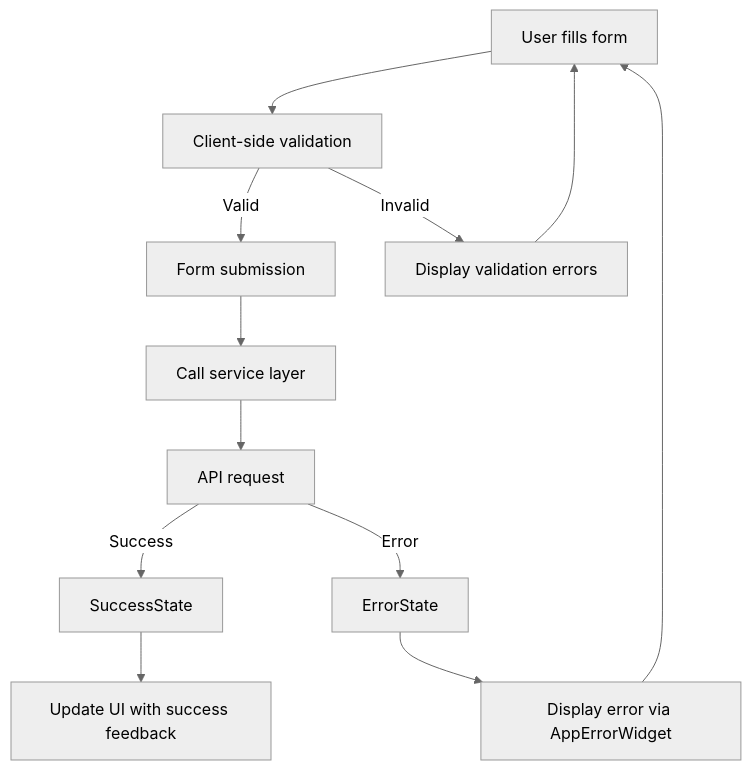
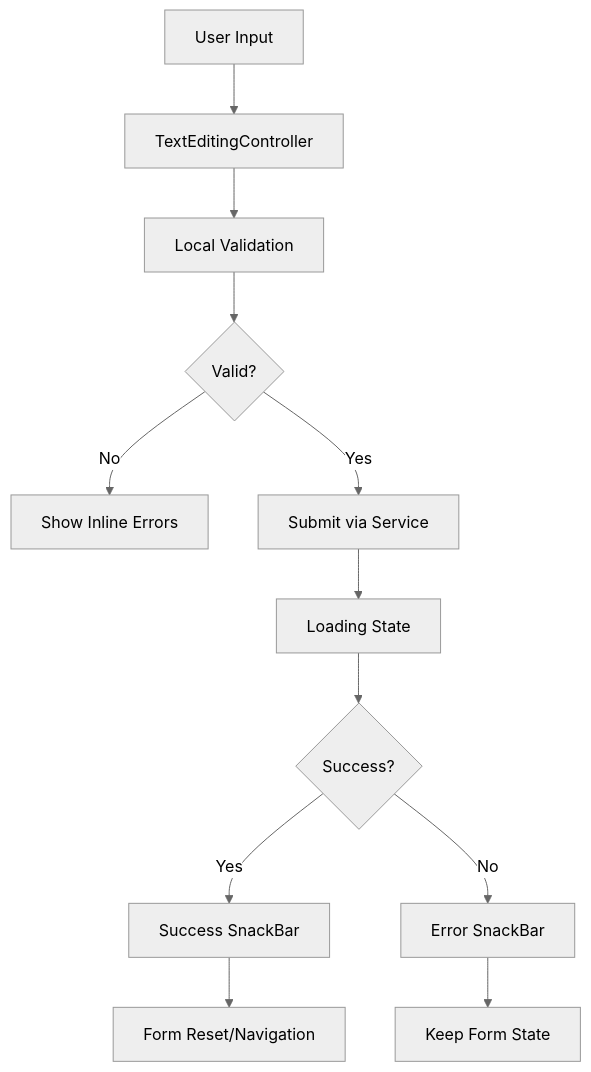
Before and after one commit to davidmohamedfr/Monica-Companion: the diagram in aidd-docs/memory-bank/frontend/FORMS.md, drawn with Mermaid (neutral theme). The commit also changed other lines of this file and 5 other files, not shown here.

````diff
--- a/aidd-docs/memory-bank/frontend/FORMS.md
+++ b/aidd-docs/memory-bank/frontend/FORMS.md
@@ -32,14 +33,14 @@
 ```mermaid
 graph TD
-    A[User fills form] --> B[Client-side validation]
-    B -->|Valid| C[Form submission]
-    B -->|Invalid| D[Display validation errors]
-    C --> E[Call service layer]
-    E --> F[API request]
-    F -->|Success| G[SuccessState]
-    F -->|Error| H[ErrorState]
-    G --> I[Update UI with success feedback]
-    H --> J[Display error via AppErrorWidget]
-    D --> A
-    J --> A
+    A[User Input] --> B[TextEditingController]
+    B --> C[Local Validation]
+    C --> D{Valid?}
+    D -->|No| E[Show Inline Errors]
+    D -->|Yes| F[Submit via Service]
+    F --> G[Loading State]
+    G --> H{Success?}
+    H -->|Yes| I[Success SnackBar]
+    H -->|No| J[Error SnackBar]
+    I --> K[Form Reset/Navigation]
+    J --> L[Keep Form State]
 ```
````
